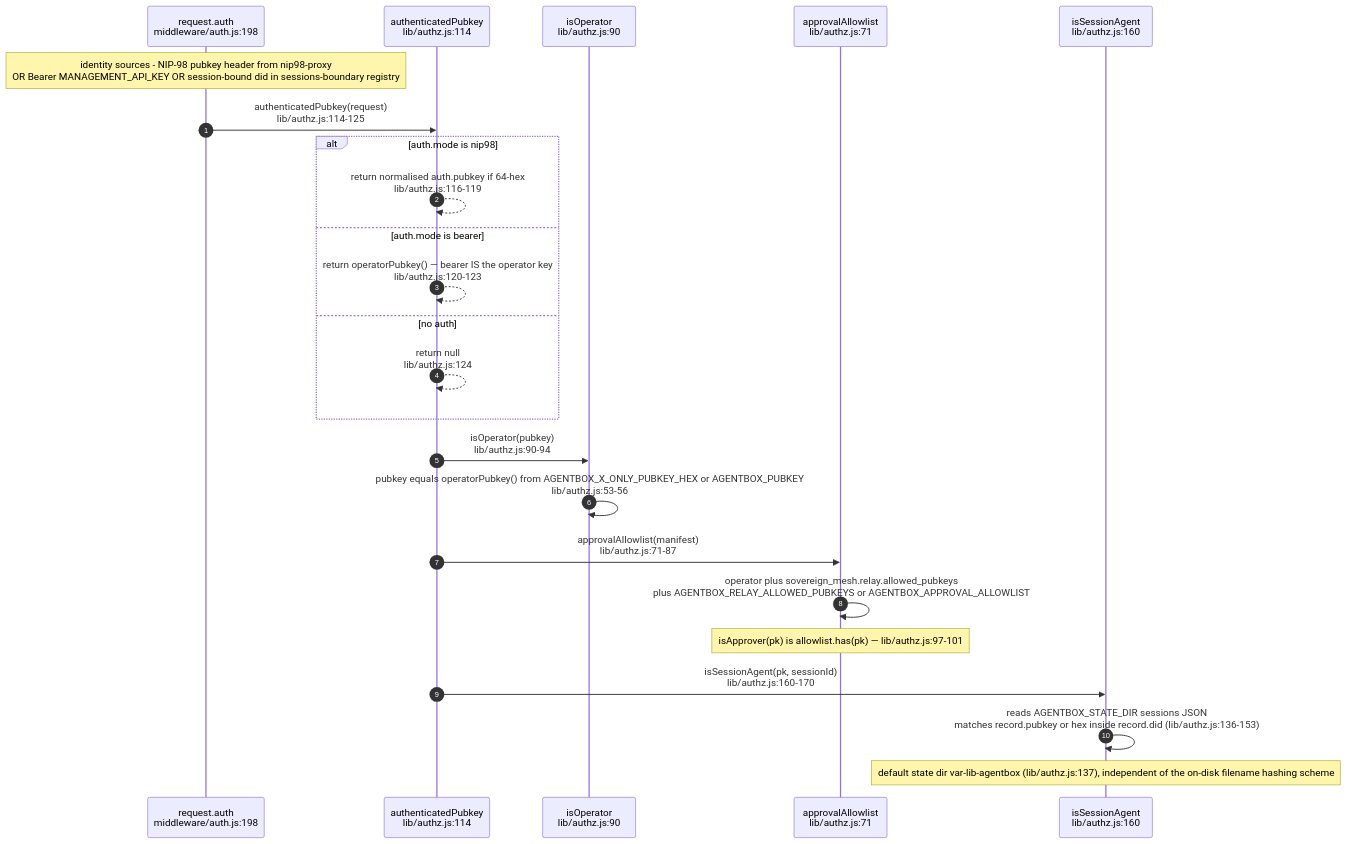
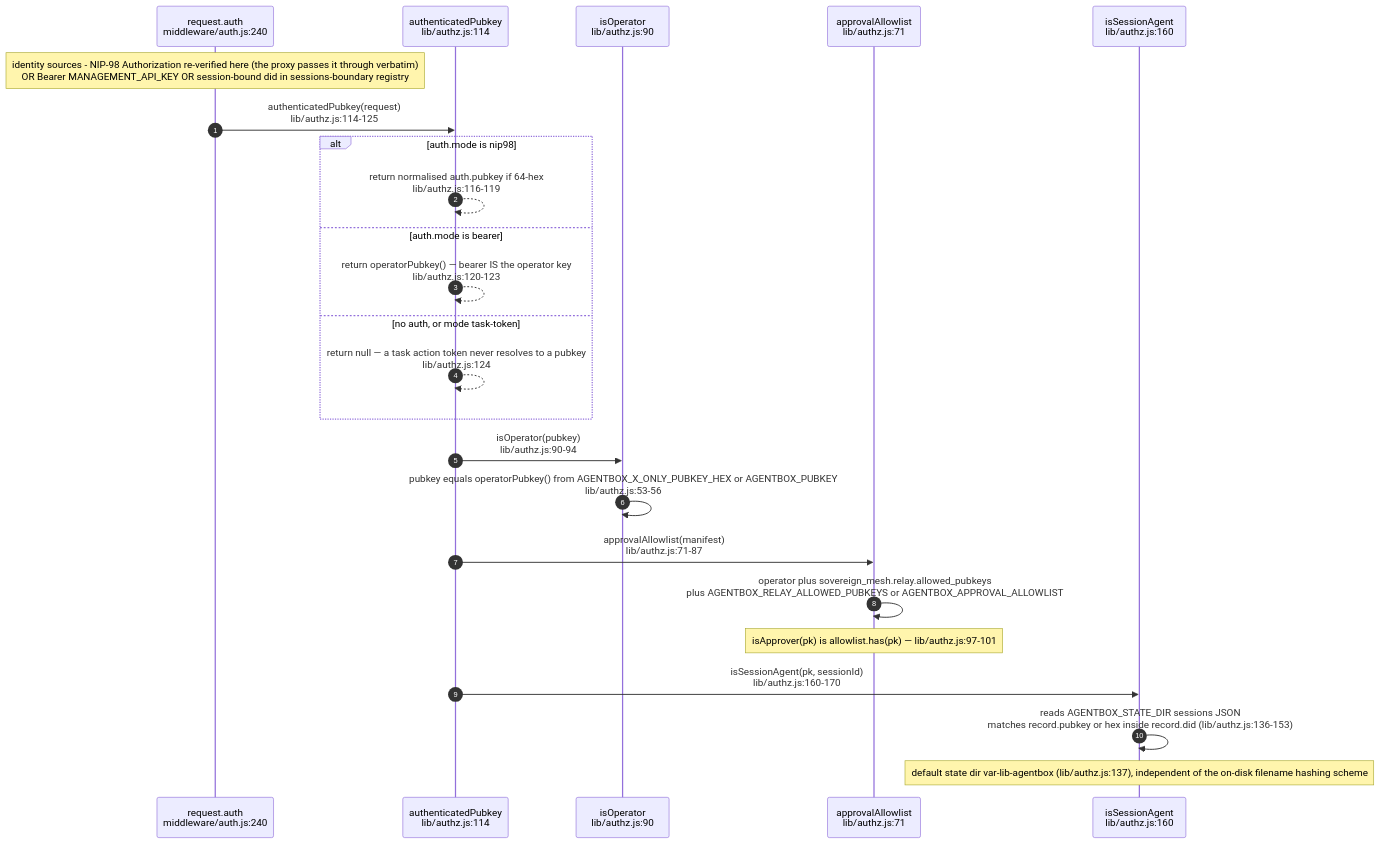
One commit to DreamLab-AI/VisionFlow changed the fourth of 17 diagrams in docs/diagrams/agentbox/03-management-api-request-lifecycle.md. Above: the diagram before and after it, drawn with Mermaid. The commit also changed other lines of this file and 173 other files, not shown here.

````diff
--- a/docs/diagrams/agentbox/03-management-api-request-lifecycle.md
+++ b/docs/diagrams/agentbox/03-management-api-request-lifecycle.md
@@ -205,27 +222,27 @@
 ```mermaid
 sequenceDiagram
     autonumber
-    participant Req as request.auth<br/>middleware/auth.js:198
+    participant Req as request.auth<br/>middleware/auth.js:240
     participant AP as authenticatedPubkey<br/>lib/authz.js:114
     participant OP as isOperator<br/>lib/authz.js:90
     participant AL as approvalAllowlist<br/>lib/authz.js:71
     participant SA as isSessionAgent<br/>lib/authz.js:160
 
-    Note over Req: identity sources - NIP-98 pubkey header from nip98-proxy<br/>OR Bearer MANAGEMENT_API_KEY OR session-bound did in sessions-boundary registry
+    Note over Req: identity sources - NIP-98 Authorization re-verified here (the proxy passes it through verbatim)<br/>OR Bearer MANAGEMENT_API_KEY OR session-bound did in sessions-boundary registry
     Req->>AP: authenticatedPubkey(request)<br/>lib/authz.js:114-125
     alt auth.mode is nip98
         AP-->>AP: return normalised auth.pubkey if 64-hex<br/>lib/authz.js:116-119
     else auth.mode is bearer
         AP-->>AP: return operatorPubkey() — bearer IS the operator key<br/>lib/authz.js:120-123
-    else no auth
-        AP-->>AP: return null<br/>lib/authz.js:124
+    else no auth, or mode task-token
+        AP-->>AP: return null — a task action token never resolves to a pubkey<br/>lib/authz.js:124
     end
     AP->>OP: isOperator(pubkey)<br/>lib/authz.js:90-94
     OP->>OP: pubkey equals operatorPubkey() from AGENTBOX_X_ONLY_PUBKEY_HEX or AGENTBOX_PUBKEY<br/>lib/authz.js:53-56
     AP->>AL: approvalAllowlist(manifest)<br/>lib/authz.js:71-87
     AL->>AL: operator plus sovereign_mesh.relay.allowed_pubkeys<br/>plus AGENTBOX_RELAY_ALLOWED_PUBKEYS or AGENTBOX_APPROVAL_ALLOWLIST
     Note over AL: isApprover(pk) is allowlist.has(pk) — lib/authz.js:97-101
     AP->>SA: isSessionAgent(pk, sessionId)<br/>lib/authz.js:160-170
     SA->>SA: reads AGENTBOX_STATE_DIR sessions JSON<br/>matches record.pubkey or hex inside record.did (lib/authz.js:136-153)
     Note over SA: default state dir var-lib-agentbox (lib/authz.js:137), independent of the on-disk filename hashing scheme
 ```
````
